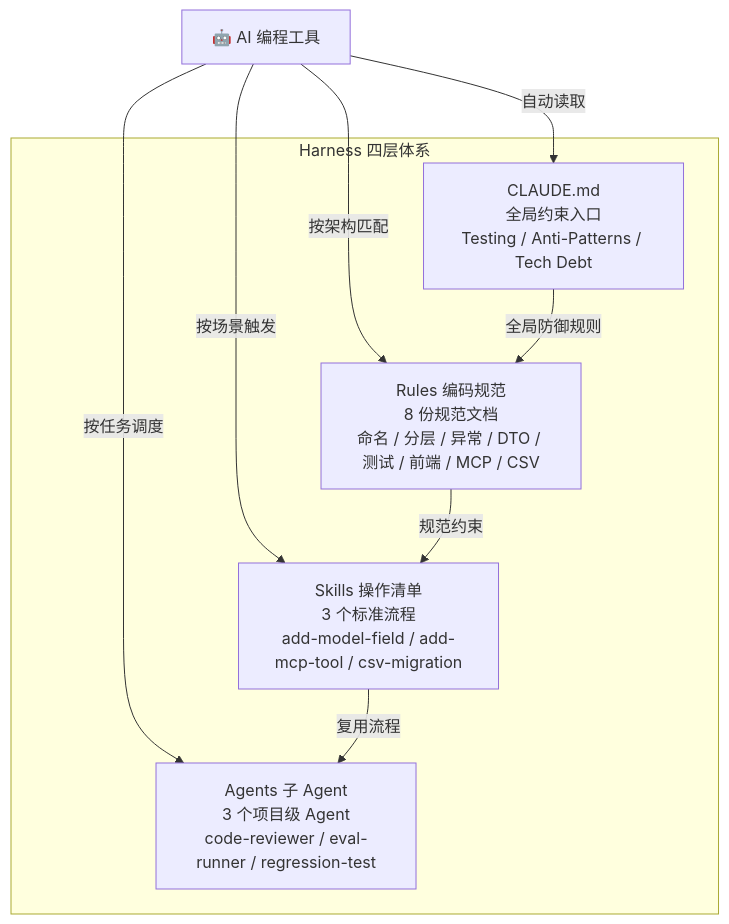
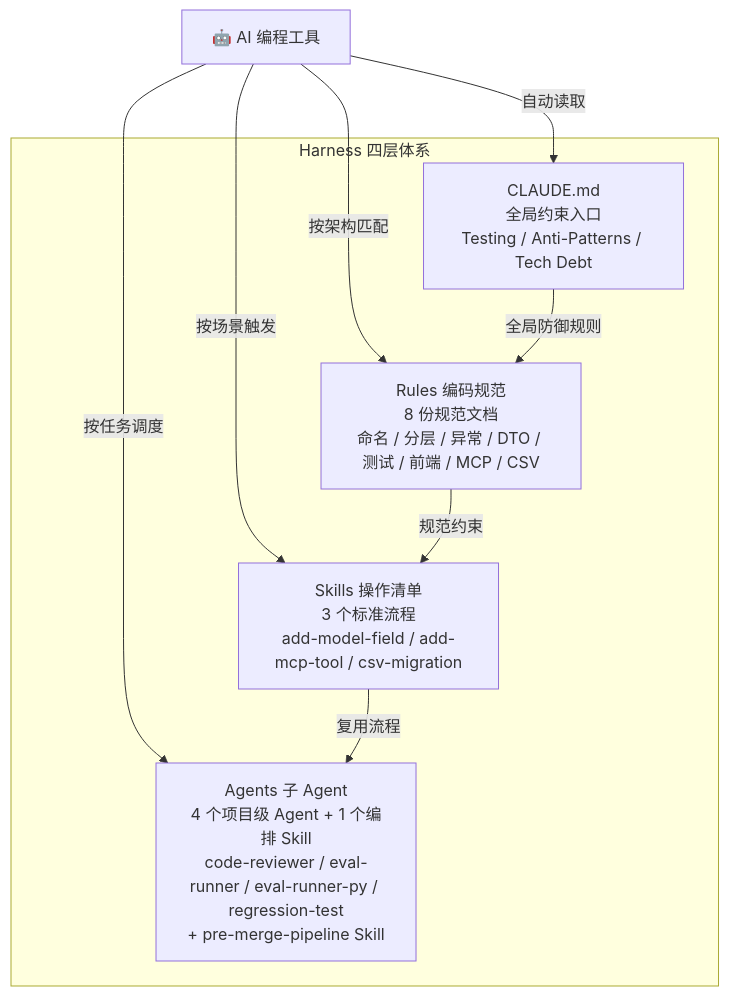
The seventh of 13 diagrams in README.md (reallyhwc/test-learn-agent), drawn with Mermaid before and after one commit. The commit also changed other lines of this file and 1 other file, not shown here.

First line of the commit message:
docs: 同步 CLAUDE.md 和 README.md — 子 Agent 架构升级文档

````diff
--- a/README.md
+++ b/README.md
@@ -485,19 +488,19 @@
 ```mermaid
 graph TB
     subgraph "Harness 四层体系"
         CLAUDE["CLAUDE.md<br/>全局约束入口<br/>Testing / Anti-Patterns / Tech Debt"]
         RULES["Rules 编码规范<br/>8 份规范文档<br/>命名 / 分层 / 异常 / DTO / 测试 / 前端 / MCP / CSV"]
         SKILLS["Skills 操作清单<br/>3 个标准流程<br/>add-model-field / add-mcp-tool / csv-migration"]
-        AGENTS["Agents 子 Agent<br/>3 个项目级 Agent<br/>code-reviewer / eval-runner / regression-test"]
+        AGENTS["Agents 子 Agent<br/>4 个项目级 Agent + 1 个编排 Skill<br/>code-reviewer / eval-runner / eval-runner-py / regression-test<br/>+ pre-merge-pipeline Skill"]
     end
 
     AI["🤖 AI 编程工具"]
     AI -->|"自动读取"| CLAUDE
     AI -->|"按架构匹配"| RULES
     AI -->|"按场景触发"| SKILLS
     AI -->|"按任务调度"| AGENTS
 
     CLAUDE -->|"全局防御规则"| RULES
     RULES -->|"规范约束"| SKILLS
     SKILLS -->|"复用流程"| AGENTS
 ```
````
